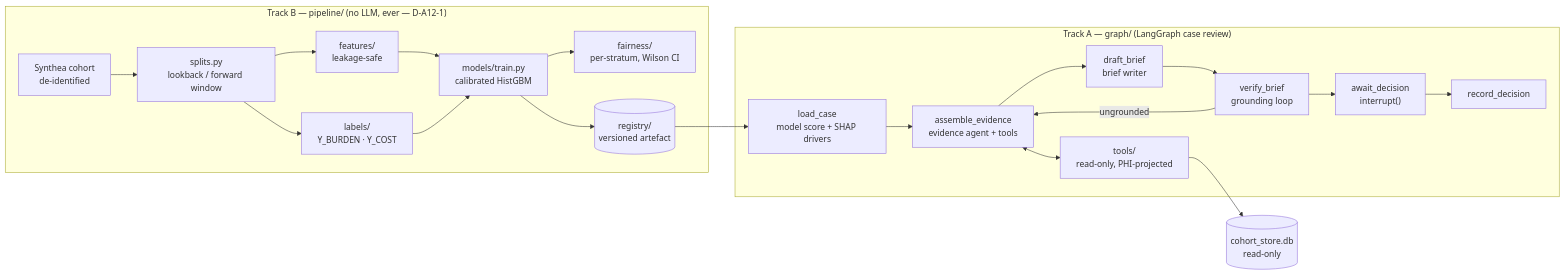
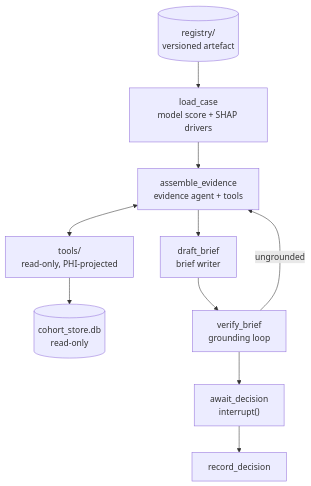
One commit to zarreh/cohort_risk_lab changed the second of 2 diagrams in docs/architecture/overview.md. Above: the diagram before and after it, drawn with Mermaid. The commit also changed other lines of this file, not shown here.

Commit message:
docs: split architecture mermaid diagram into two legible diagrams
The single wide left-to-right diagram shrank to unreadable text. Track B stays
left-to-right, Track A is top-to-bottom, and labels use <br/> instead of \n.

````diff
--- a/docs/architecture/overview.md
+++ b/docs/architecture/overview.md
@@ -7,25 +25,12 @@
 ```mermaid
-flowchart LR
-    subgraph "Track B — pipeline/ (no LLM, ever — D-A12-1)"
-        DATA[Synthea cohort\nde-identified] --> SPLIT[splits.py\nlookback / forward window]
-        SPLIT --> FEAT[features/\nleakage-safe]
-        SPLIT --> LABEL[labels/\nY_BURDEN · Y_COST]
-        FEAT --> TRAIN[models/train.py\ncalibrated HistGBM]
-        LABEL --> TRAIN
-        TRAIN --> AUDIT[fairness/\nper-stratum, Wilson CI]
-        TRAIN --> REG[(registry/\nversioned artefact)]
-    end
-
-    subgraph "Track A — graph/ (LangGraph case review)"
-        LOAD[load_case\nmodel score + SHAP drivers] --> EVID[assemble_evidence\nevidence agent + tools]
-        EVID <--> TOOLS[tools/\nread-only, PHI-projected]
-        EVID --> DRAFT[draft_brief\nbrief writer]
-        DRAFT --> VERIFY[verify_brief\ngrounding loop]
-        VERIFY -- ungrounded --> EVID
-        VERIFY --> AWAIT["await_decision\ninterrupt()"]
-        AWAIT --> RECORD[record_decision]
-    end
-
-    REG --> LOAD
-    TOOLS --> STORE[(cohort_store.db\nread-only)]
+flowchart TB
+    REG[("registry/<br/>versioned artefact")] --> LOAD["load_case<br/>model score + SHAP drivers"]
+    LOAD --> EVID["assemble_evidence<br/>evidence agent + tools"]
+    EVID <--> TOOLS["tools/<br/>read-only, PHI-projected"]
+    TOOLS --> STORE[("cohort_store.db<br/>read-only")]
+    EVID --> DRAFT["draft_brief<br/>brief writer"]
+    DRAFT --> VERIFY["verify_brief<br/>grounding loop"]
+    VERIFY -- ungrounded --> EVID
+    VERIFY --> AWAIT["await_decision<br/>interrupt()"]
+    AWAIT --> RECORD["record_decision"]
 ```
````
